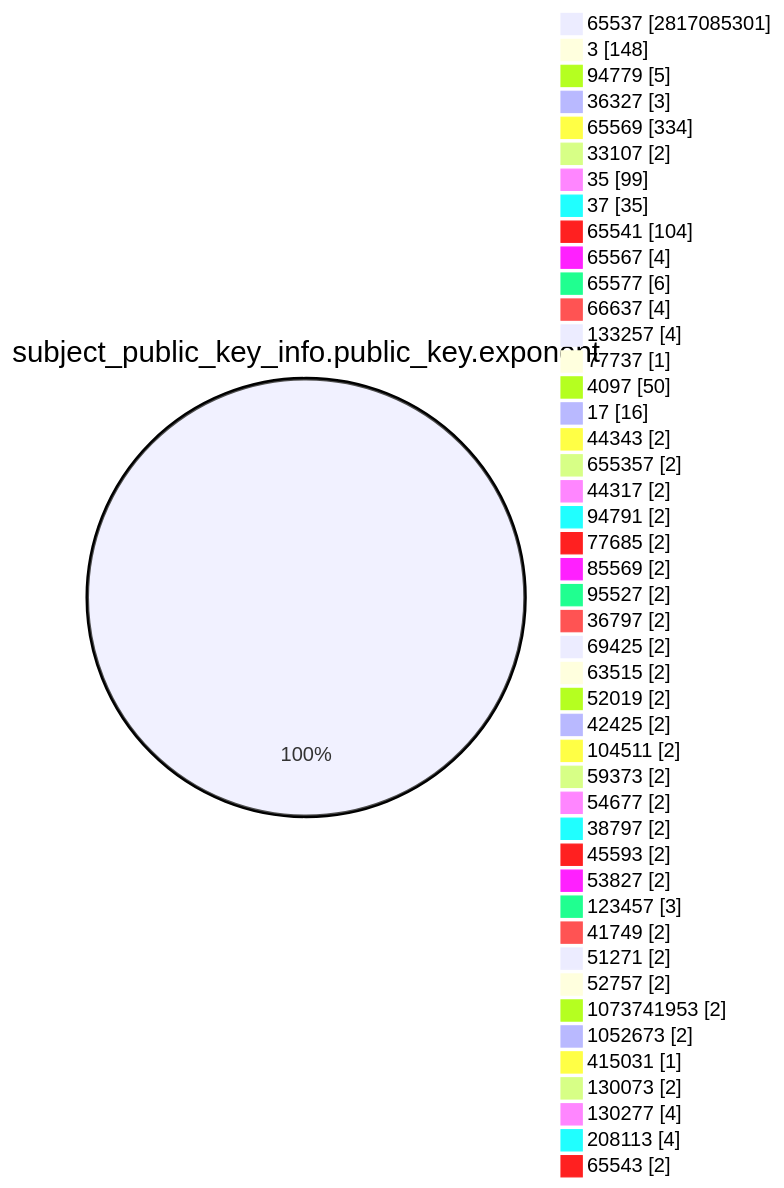
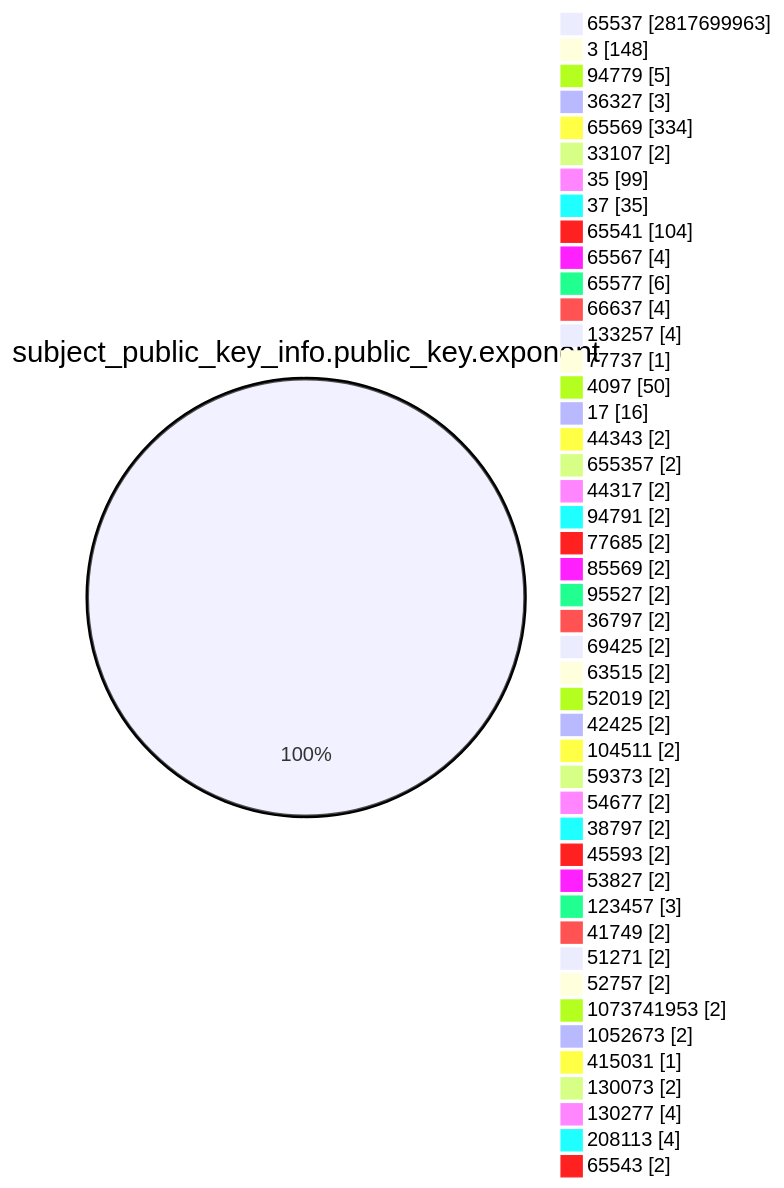
One commit to christiankrug/ctmonitor_visualization changed the fourth of 15 diagrams in TOTAL/README.md. Above: the diagram before and after it, drawn with Mermaid. The commit also changed other lines of this file, not shown here.

````diff
--- a/TOTAL/README.md
+++ b/TOTAL/README.md
@@ -1468,49 +1468,49 @@
 ```mermaid
 pie showData
 title subject_public_key_info.public_key.exponent
-"65537" :2817085301
+"65537" :2817699963
 "3" :148
 "94779" :5
 "36327" :3
 "65569" :334
 "33107" :2
 "35" :99
 "37" :35
 "65541" :104
 "65567" :4
 "65577" :6
 "66637" :4
 "133257" :4
 "77737" :1
 "4097" :50
 "17" :16
 "44343" :2
 "655357" :2
 "44317" :2
 "94791" :2
 "77685" :2
 "85569" :2
 "95527" :2
 "36797" :2
 "69425" :2
 "63515" :2
 "52019" :2
 "42425" :2
 "104511" :2
 "59373" :2
 "54677" :2
 "38797" :2
 "45593" :2
 "53827" :2
 "123457" :3
 "41749" :2
 "51271" :2
 "52757" :2
 "1073741953" :2
 "1052673" :2
 "415031" :1
 "130073" :2
 "130277" :4
 "208113" :4
 "65543" :2
 ```
````
